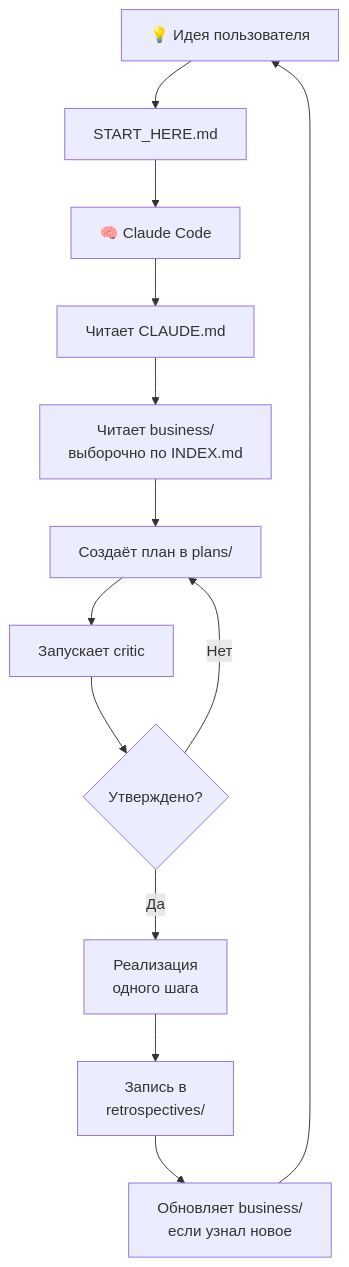
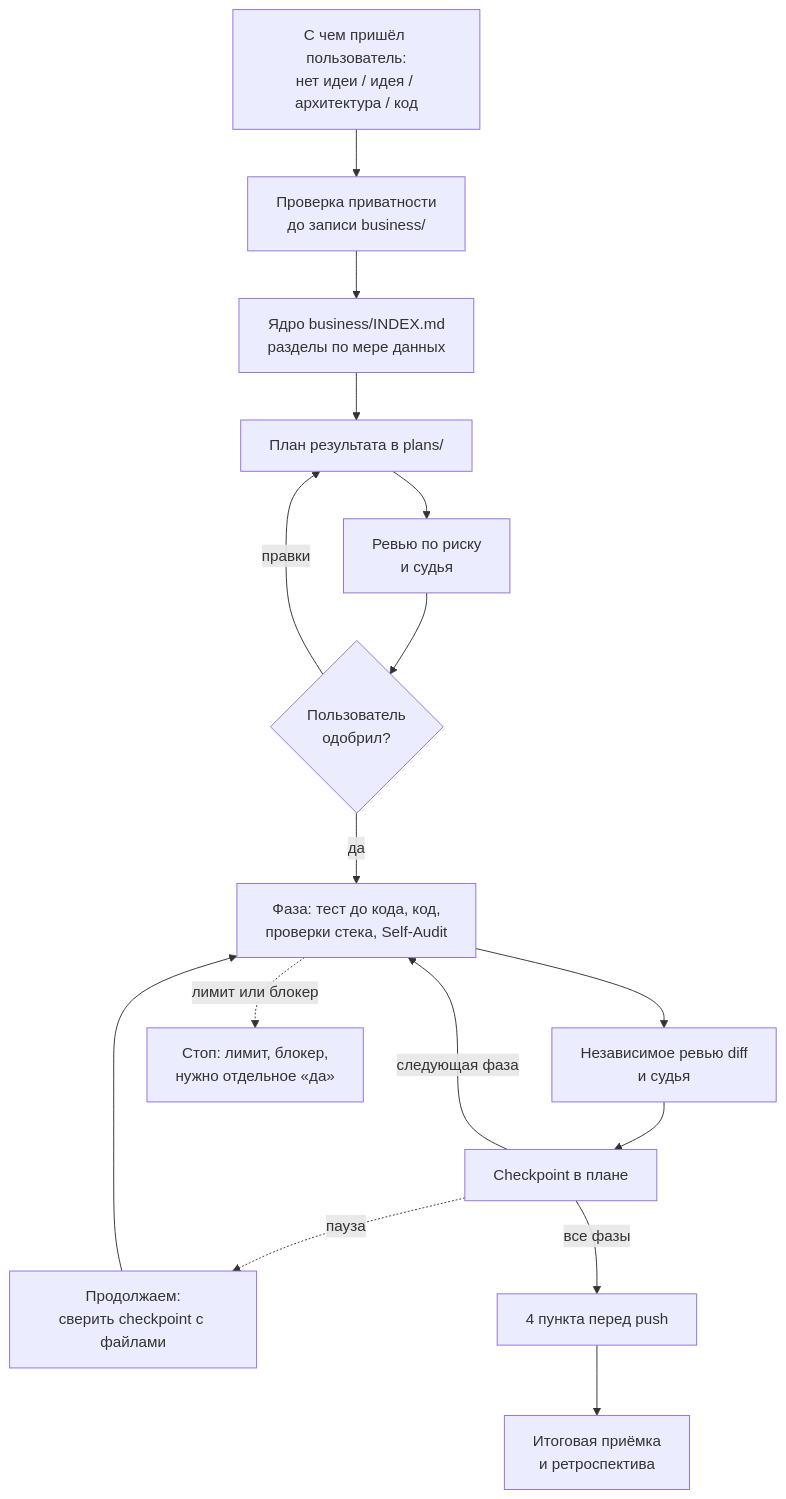
The third of 3 diagrams in docs/visual-map.md (Avalon-27reg/smyslokod-starter), drawn with Mermaid before and after one commit. The commit also changed other lines of this file and 101 other files, not shown here.

First line of the commit message:
feat!: стартер 2.0 - процесс по логике claude-code-starter v1.1.0

````diff
--- a/docs/visual-map.md
+++ b/docs/visual-map.md
@@ -57,27 +59,24 @@
 ```mermaid
 flowchart TD
-    Idea[💡 Идея пользователя]
-    StartHere[START_HERE.md]
-    CC[🧠 Claude Code]
-    ReadCLAUDE[Читает CLAUDE.md]
-    ReadBusiness[Читает business/<br/>выборочно по INDEX.md]
-    Plan[Создаёт план в plans/]
-    Critic[Запускает critic]
-    Wait{Утверждено?}
-    Implement[Реализация<br/>одного шага]
-    Retro[Запись в<br/>retrospectives/]
-    Update[Обновляет business/<br/>если узнал новое]
+    Start[С чем пришёл пользователь:<br/>нет идеи / идея / архитектура / код]
+    Cont[Продолжаем:<br/>сверить checkpoint с файлами]
+    Privacy[Проверка приватности<br/>до записи business/]
+    Core[Ядро business/INDEX.md<br/>разделы по мере данных]
+    Plan[План результата в plans/]
+    Review[Ревью по риску<br/>и судья]
+    OK{Пользователь<br/>одобрил?}
+    Phase[Фаза: тест до кода, код,<br/>проверки стека, Self-Audit]
+    PhaseReview[Независимое ревью diff<br/>и судья]
+    CP[Checkpoint в плане]
+    Stop[Стоп: лимит, блокер,<br/>нужно отдельное «да»]
+    Gate[4 пункта перед push]
+    Done[Итоговая приёмка<br/>и ретроспектива]
 
-    Idea --> StartHere
-    StartHere --> CC
-    CC --> ReadCLAUDE
-    ReadCLAUDE --> ReadBusiness
-    ReadBusiness --> Plan
-    Plan --> Critic
-    Critic --> Wait
-    Wait -- Нет --> Plan
-    Wait -- Да --> Implement
-    Implement --> Retro
-    Retro --> Update
-    Update --> Idea
+    Start --> Privacy --> Core --> Plan --> Review --> OK
+    OK -- правки --> Plan
+    OK -- да --> Phase --> PhaseReview --> CP
+    CP -- следующая фаза --> Phase
+    CP -. пауза .-> Cont --> Phase
+    Phase -. лимит или блокер .-> Stop
+    CP -- все фазы --> Gate --> Done
 ```
````
